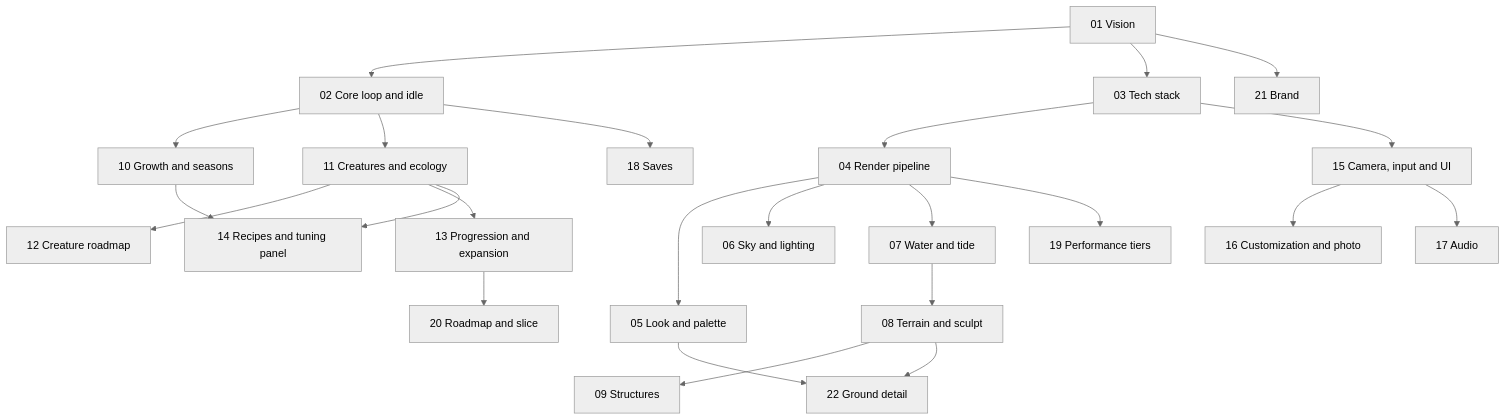
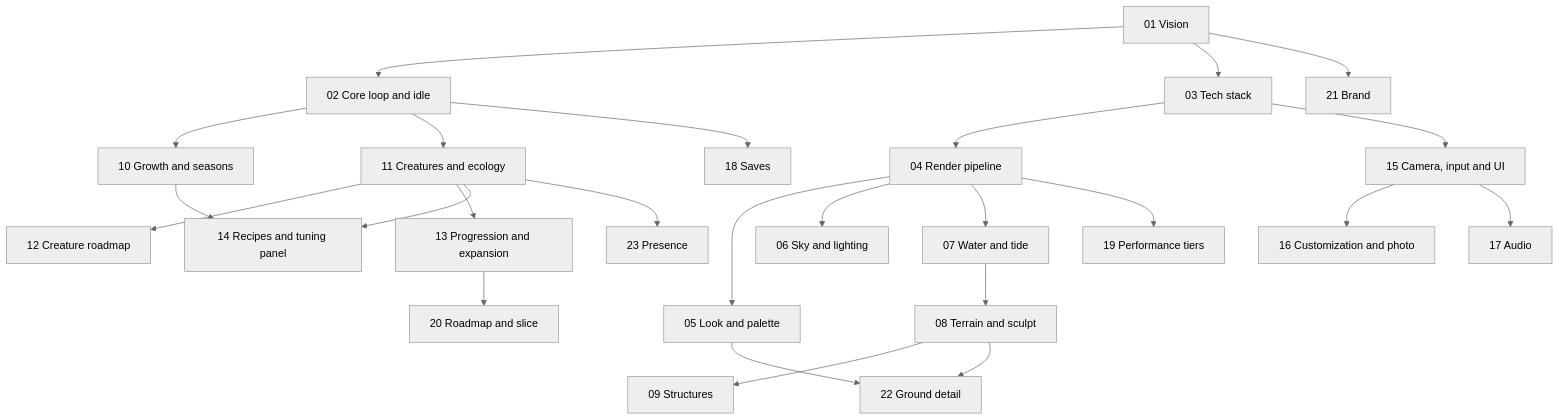
The diagram in docs/README.md (mshomper/ebb), drawn with Mermaid (neutral theme) before and after one commit. The commit also changed other lines of this file and 4 other files, not shown here.

````diff
--- a/docs/README.md
+++ b/docs/README.md
@@ -7,26 +7,27 @@
 ```mermaid
 flowchart TD
     V[01 Vision] --> L[02 Core loop and idle]
     V --> T[03 Tech stack]
     T --> R[04 Render pipeline]
     R --> P[05 Look and palette]
     R --> S[06 Sky and lighting]
     R --> W[07 Water and tide]
     L --> G[10 Growth and seasons]
     L --> C[11 Creatures and ecology]
     C --> CR[12 Creature roadmap]
     C --> PX[13 Progression and expansion]
     W --> TE[08 Terrain and sculpt]
     TE --> ST[09 Structures]
     G --> RC[14 Recipes and tuning panel]
     C --> RC
     T --> UI[15 Camera, input and UI]
     UI --> CU[16 Customization and photo]
     UI --> AU[17 Audio]
     L --> SV[18 Saves]
     R --> PF[19 Performance tiers]
     PX --> RM[20 Roadmap and slice]
     V --> B[21 Brand]
     TE --> GD[22 Ground detail]
     P --> GD
+    C --> PR[23 Presence]
 ```
````
